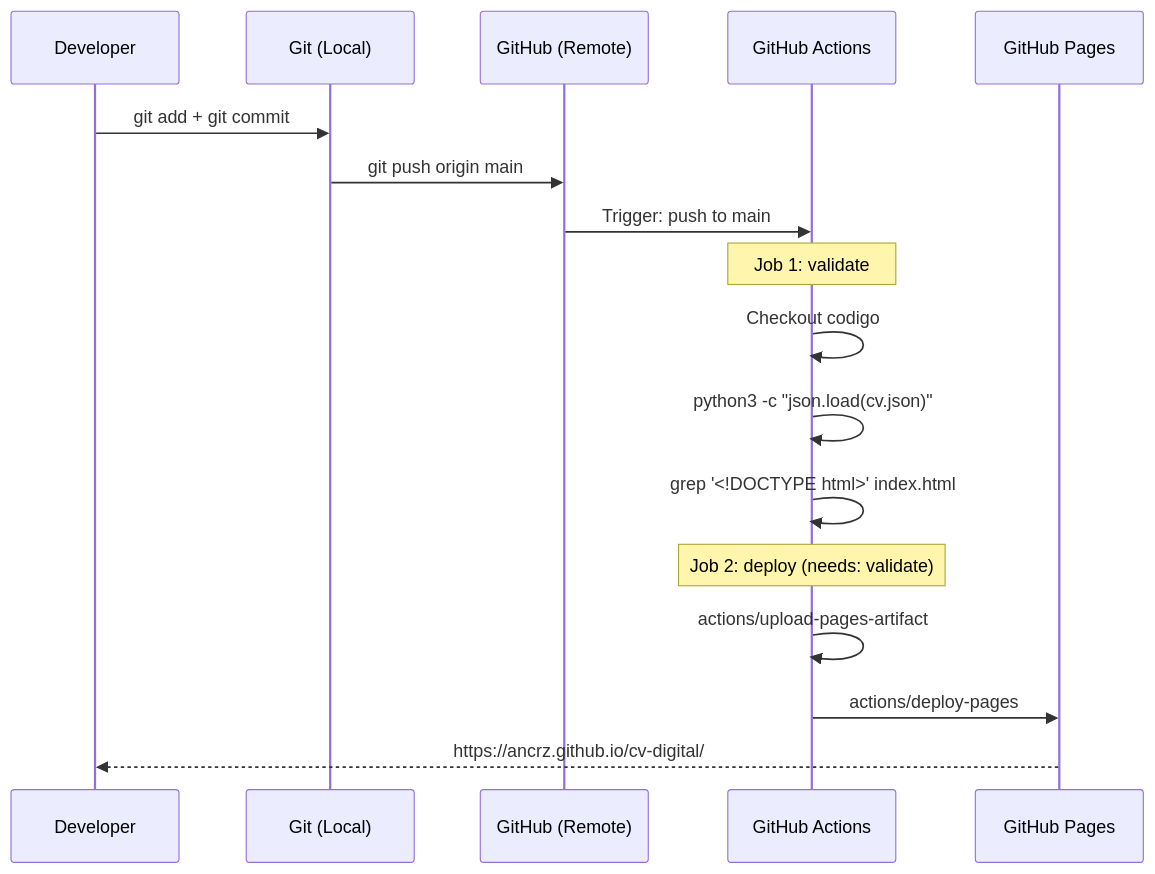
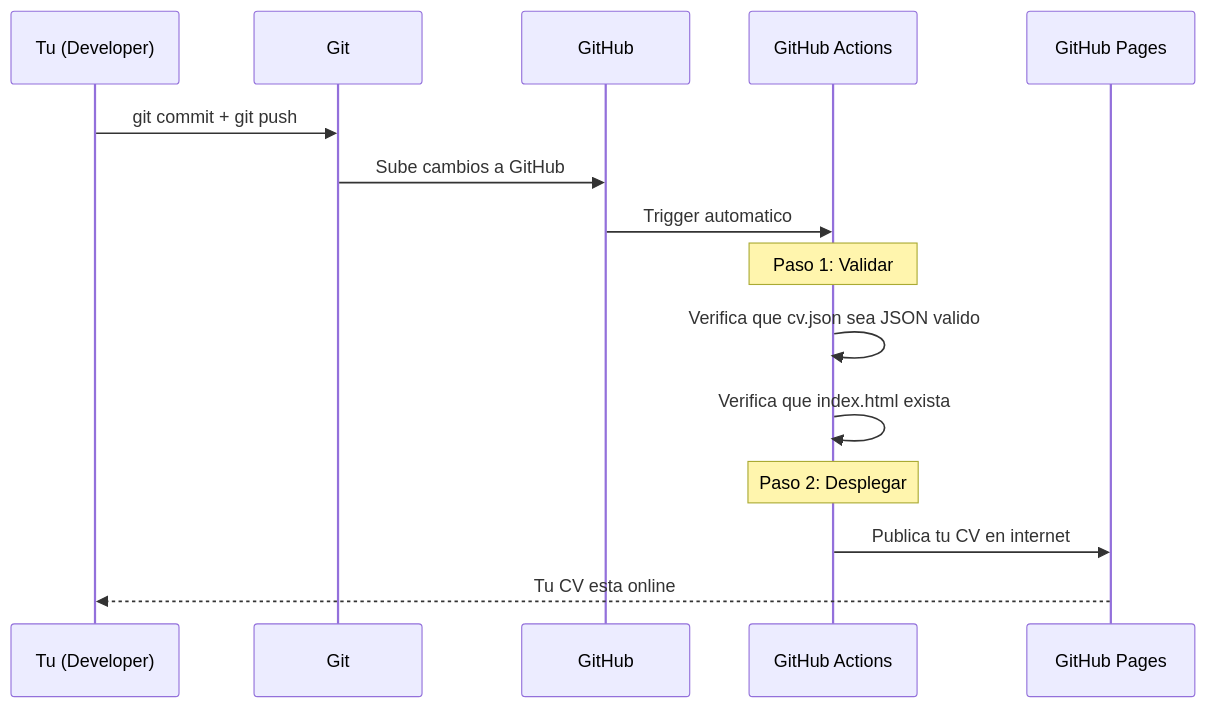
One commit to ancrz/cv-digital changed the second of 2 diagrams in README.md. Above: the diagram before and after it, drawn with Mermaid. The commit also changed other lines of this file and 2 other files, not shown here.

````diff
--- a/README.md
+++ b/README.md
@@ -75,23 +274,21 @@
 ```mermaid
 sequenceDiagram
-    participant D as Developer
-    participant G as Git (Local)
-    participant R as GitHub (Remote)
+    participant D as Tu (Developer)
+    participant G as Git
+    participant R as GitHub
     participant A as GitHub Actions
     participant P as GitHub Pages
 
-    D->>G: git add + git commit
-    G->>R: git push origin main
-    R->>A: Trigger: push to main
+    D->>G: git commit + git push
+    G->>R: Sube cambios a GitHub
+    R->>A: Trigger automatico
 
-    Note over A: Job 1: validate
-    A->>A: Checkout codigo
-    A->>A: python3 -c "json.load(cv.json)"
-    A->>A: grep '<!DOCTYPE html>' index.html
+    Note over A: Paso 1: Validar
+    A->>A: Verifica que cv.json sea JSON valido
+    A->>A: Verifica que index.html exista
 
-    Note over A: Job 2: deploy (needs: validate)
-    A->>A: actions/upload-pages-artifact
-    A->>P: actions/deploy-pages
+    Note over A: Paso 2: Desplegar
+    A->>P: Publica tu CV en internet
 
-    P-->>D: https://ancrz.github.io/cv-digital/
+    P-->>D: Tu CV esta online
 ```
````
